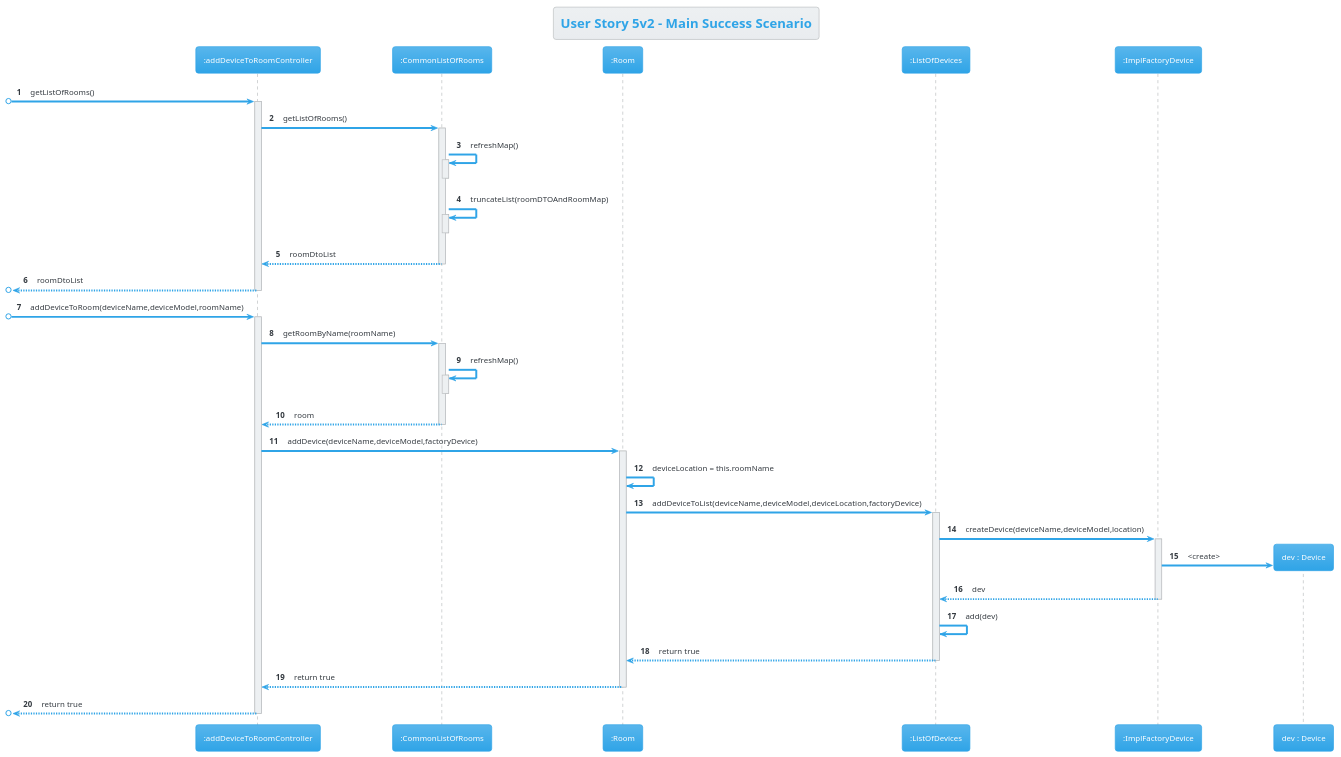
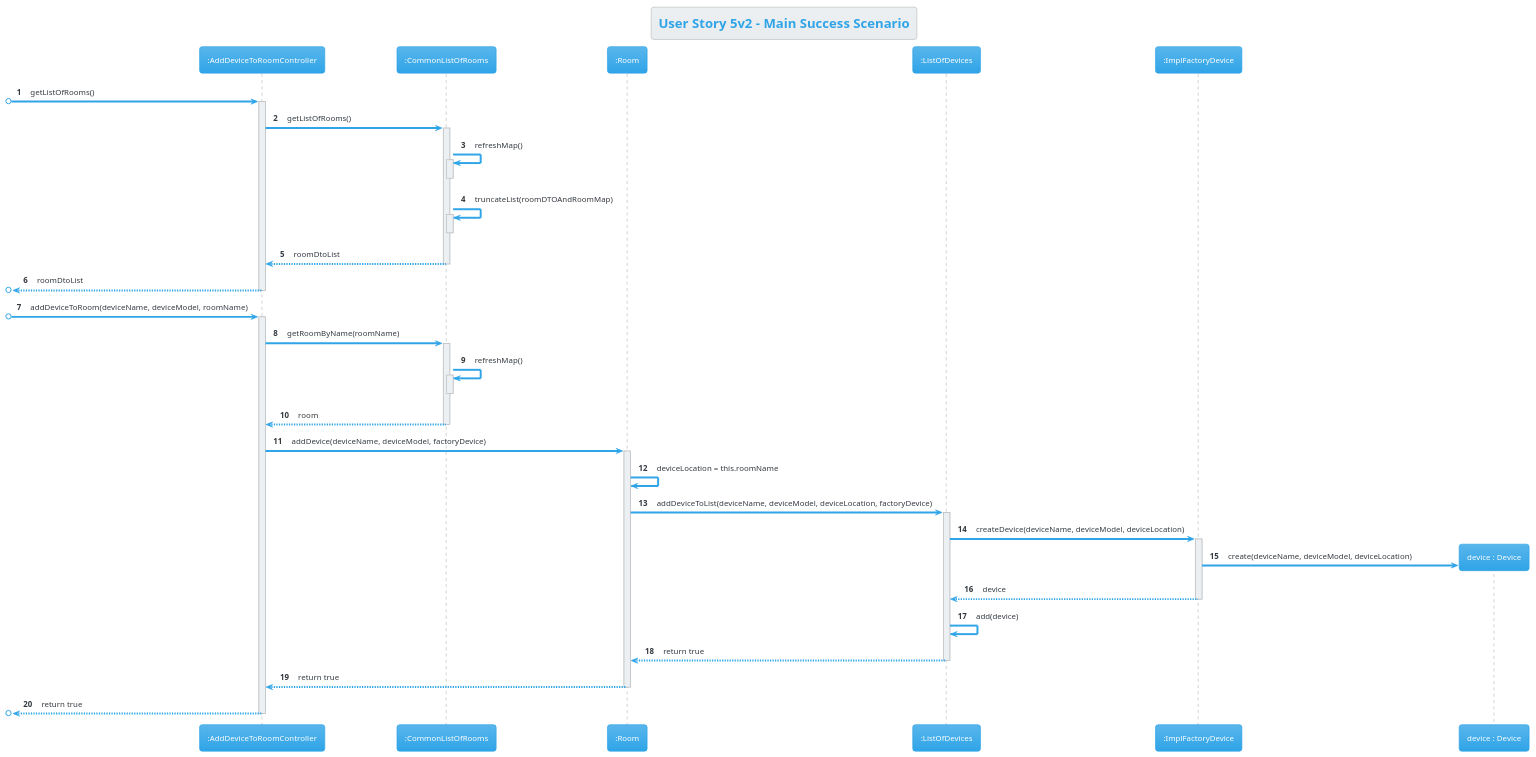
One commit to AfonsoNeves77/smartHouse changed the diagram in Docs/US05/S3US05v2SequenceDiagram.puml. Above: the diagram before and after it, drawn with PlantUML. The commit also changed 6 other files, not shown here.

Commit message:
Team Review: Corrected all sequence diagrams according with technical sprint review feedback.

```diff
--- a/Docs/US05/S3US05v2SequenceDiagram.puml
+++ b/Docs/US05/S3US05v2SequenceDiagram.puml
@@ -1,58 +1,58 @@
 @startuml
 !theme cerulean
 skinparam ParticipantPadding 50
 autonumber
 title User Story 5v2 - Main Success Scenario
 
-participant ":addDeviceToRoomController" as C
+participant ":AddDeviceToRoomController" as C
 participant ":CommonListOfRooms" as CU
 participant ":Room" as R
 participant ":ListOfDevices" as LD
 participant ":ImplFactoryDevice" as FD
-participant "dev : Device" as D
+participant "device : Device" as D
 
 [o-> C : getListOfRooms()
 activate C
 C -> CU : getListOfRooms()
 activate CU
 CU -> CU : refreshMap()
 activate CU
 deactivate CU
 
 CU -> CU : truncateList(roomDTOAndRoomMap)
 activate CU
 deactivate CU
 CU --> C : roomDtoList
 deactivate CU
 [o<-- C : roomDtoList
 deactivate C
 
 
-[o-> C : addDeviceToRoom(deviceName,deviceModel,roomName)
+[o-> C : addDeviceToRoom(deviceName, deviceModel, roomName)
 activate C
 C -> CU: getRoomByName(roomName)
 activate CU
 CU -> CU : refreshMap()
 activate CU
 deactivate CU
 CU --> C : room
 deactivate CU
-C -> R : addDevice(deviceName,deviceModel,factoryDevice)
+C -> R : addDevice(deviceName, deviceModel, factoryDevice)
 activate R
 R -> R : deviceLocation = this.roomName
-R -> LD : addDeviceToList(deviceName,deviceModel,deviceLocation,factoryDevice)
+R -> LD : addDeviceToList(deviceName, deviceModel, deviceLocation, factoryDevice)
 activate LD
-LD -> FD : createDevice(deviceName,deviceModel,location)
+LD -> FD : createDevice(deviceName, deviceModel, deviceLocation)
 activate FD
-FD -> D **: <create>
-FD --> LD : dev
+FD -> D **: create(deviceName, deviceModel, deviceLocation)
+FD --> LD : device
 deactivate FD
-LD -> LD : add(dev)
+LD -> LD : add(device)
 LD --> R : return true
 deactivate LD
 R --> C : return true
 deactivate R
 [o<-- C : return true
 deactivate C
 
 @enduml
```
